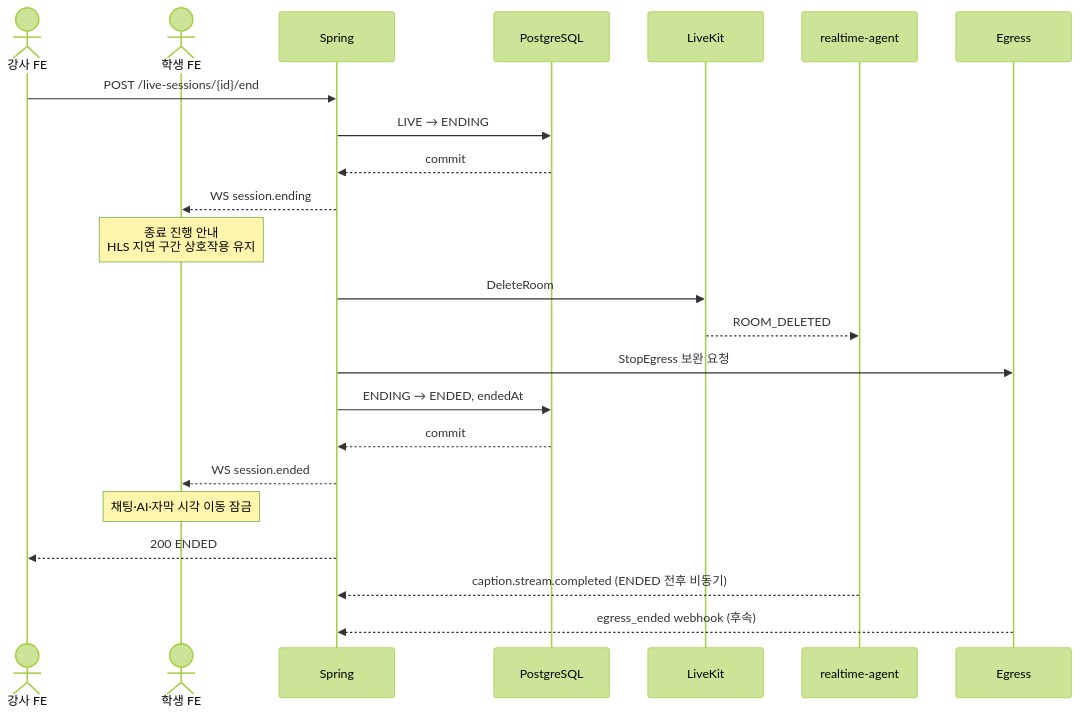
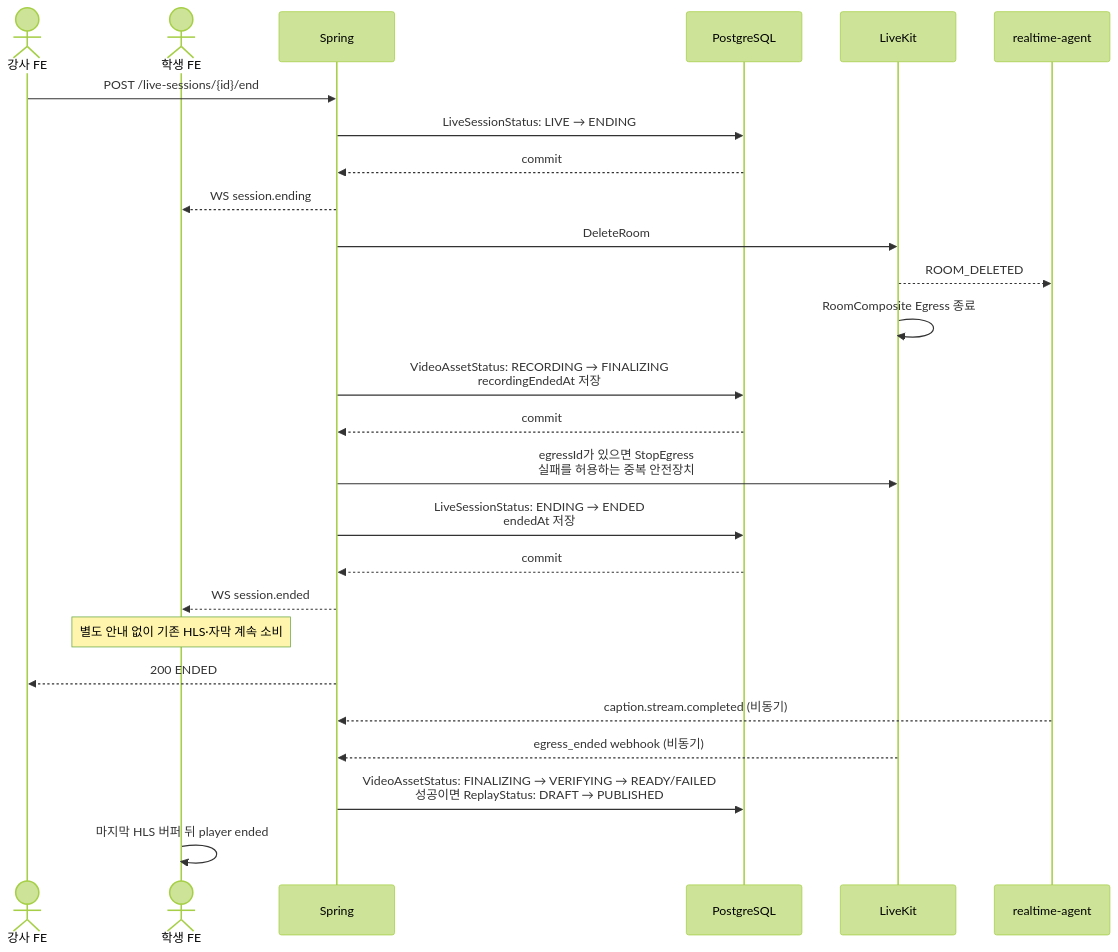
The diagram in docs/decisions/choinhoo/0003-simple-live-end-sequential-process.md (thdwjdrl401/jiphyeonjeon), drawn with Mermaid (forest theme) before and after one commit. The commit also changed other lines of this file and 4 other files, not shown here.

````diff
--- a/docs/decisions/choinhoo/0003-simple-live-end-sequential-process.md
+++ b/docs/decisions/choinhoo/0003-simple-live-end-sequential-process.md
@@ -281,29 +158,32 @@
 ```mermaid
 sequenceDiagram
     actor I as 강사 FE
     actor S as 학생 FE
     participant B as Spring
     participant DB as PostgreSQL
     participant LK as LiveKit
     participant A as realtime-agent
-    participant E as Egress
 
     I->>B: POST /live-sessions/{id}/end
-    B->>DB: LIVE → ENDING
+    B->>DB: LiveSessionStatus: LIVE → ENDING
     DB-->>B: commit
     B-->>S: WS session.ending
-    Note over S: 종료 진행 안내<br/>HLS 지연 구간 상호작용 유지
 
     B->>LK: DeleteRoom
     LK-->>A: ROOM_DELETED
-    B->>E: StopEgress 보완 요청
+    LK->>LK: RoomComposite Egress 종료
 
-    B->>DB: ENDING → ENDED, endedAt
+    B->>DB: VideoAssetStatus: RECORDING → FINALIZING<br/>recordingEndedAt 저장
+    DB-->>B: commit
+    B->>LK: egressId가 있으면 StopEgress<br/>실패를 허용하는 중복 안전장치
+    B->>DB: LiveSessionStatus: ENDING → ENDED<br/>endedAt 저장
     DB-->>B: commit
     B-->>S: WS session.ended
-    Note over S: 채팅·AI·자막 시각 이동 잠금
+    Note over S: 별도 안내 없이 기존 HLS·자막 계속 소비
     B-->>I: 200 ENDED
 
-    A-->>B: caption.stream.completed (ENDED 전후 비동기)
-    E-->>B: egress_ended webhook (후속)
+    A-->>B: caption.stream.completed (비동기)
+    LK-->>B: egress_ended webhook (비동기)
+    B->>DB: VideoAssetStatus: FINALIZING → VERIFYING → READY/FAILED<br/>성공이면 ReplayStatus: DRAFT → PUBLISHED
+    S->>S: 마지막 HLS 버퍼 뒤 player ended
 ```
````
